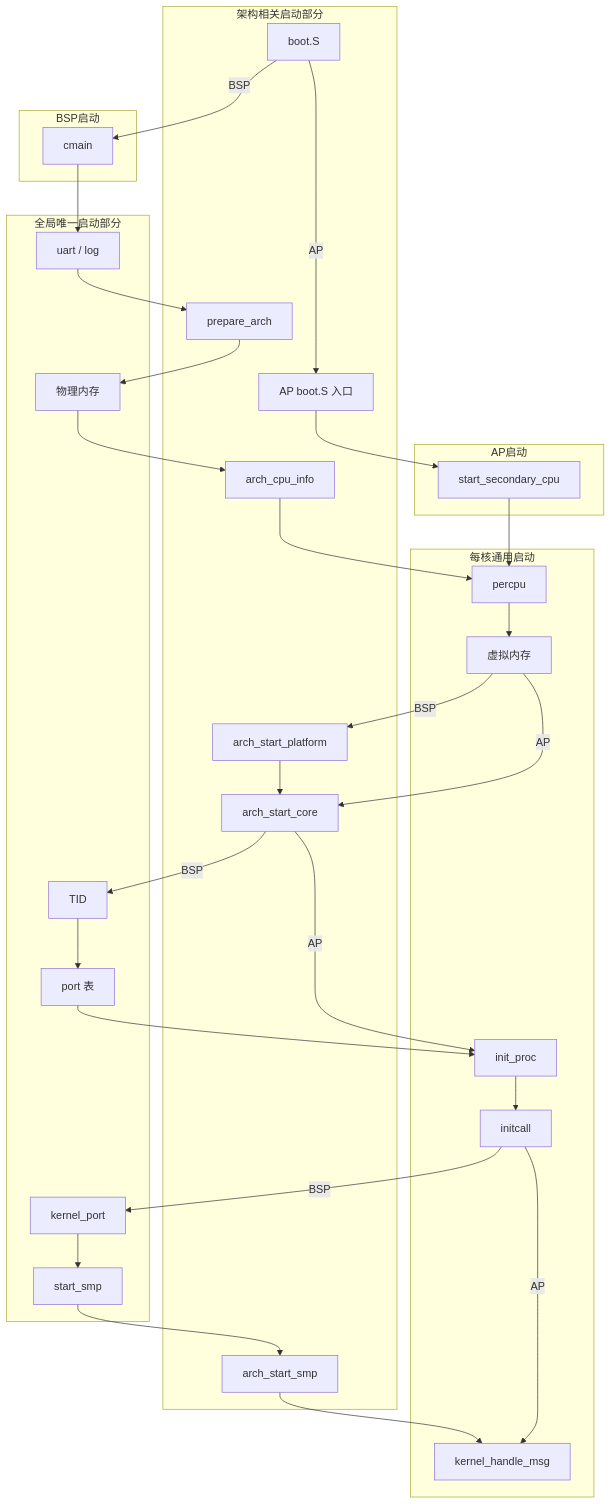
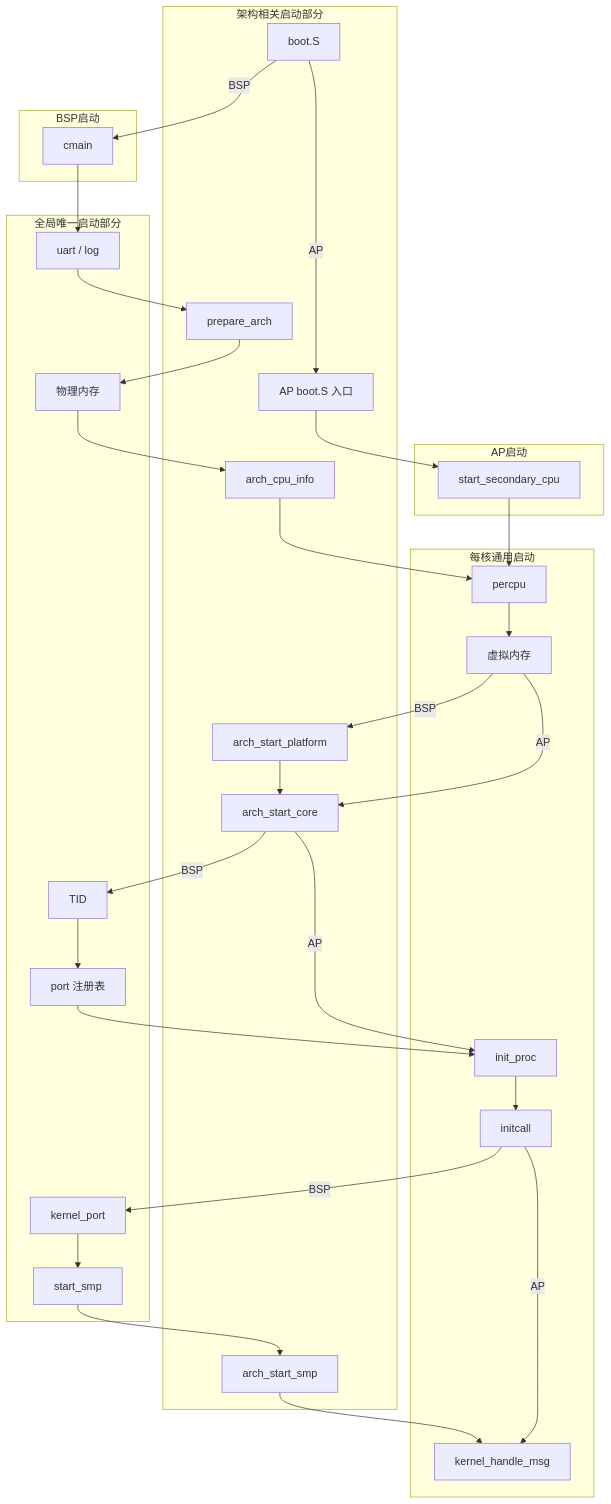
One commit to ZhiyuanSue/RendezvOS changed the diagram in docs/v0.1/full/01-启动与初始化/02-启动流程总览.md. Above: the diagram before and after it, drawn with Mermaid. The commit also changed other lines of this file and 10 other files, not shown here.

````diff
--- a/docs/v0.1/full/01-启动与初始化/02-启动流程总览.md
+++ b/docs/v0.1/full/01-启动与初始化/02-启动流程总览.md
@@ -39,38 +39,38 @@
 ```mermaid
 flowchart TB
   subgraph arch["架构相关启动部分"]
     b1["boot.S"]
     prep["prepare_arch"]
     info["arch_cpu_info"]
     plat["arch_start_platform"]
     core["arch_start_core"]
     apentry["AP boot.S 入口"]
     archsmp["arch_start_smp"]
   end
   subgraph bsp["BSP启动"]
     cmain["cmain"]
   end
   subgraph platform["全局唯一启动部分"]
     u["uart / log"]
     phy["物理内存"]
     tid["TID"]
-    gport["port 表"]
+    gport["port 注册表"]
     kport["kernel_port"]
     smp["start_smp"]
   end
   subgraph ap["AP启动"]
     sec["start_secondary_cpu"]
   end
   subgraph common["每核通用启动"]
     cpu["percpu"]
     virt["虚拟内存"]
     proc["init_proc"]
     init["initcall"]
     loop["kernel_handle_msg"]
   end
   b1 -- BSP --> cmain --> u --> prep --> phy --> info --> cpu --> virt -- BSP --> plat --> core
   b1 -- AP --> apentry --> sec --> cpu
   virt -- AP --> core -- BSP --> tid --> gport --> proc --> init -- BSP --> kport --> smp --> archsmp --> loop
   core -- AP --> proc
   init -- AP --> loop
 ```
````
